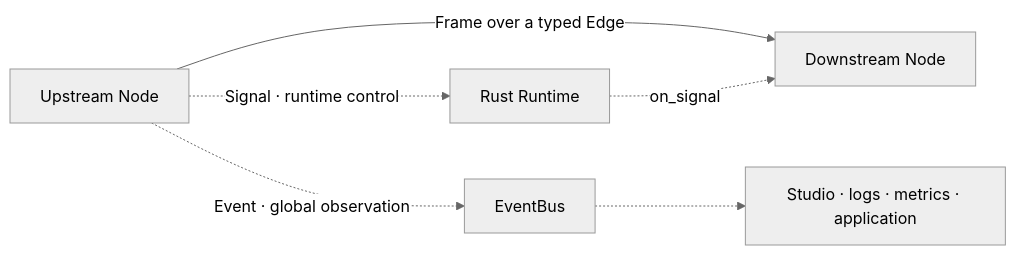
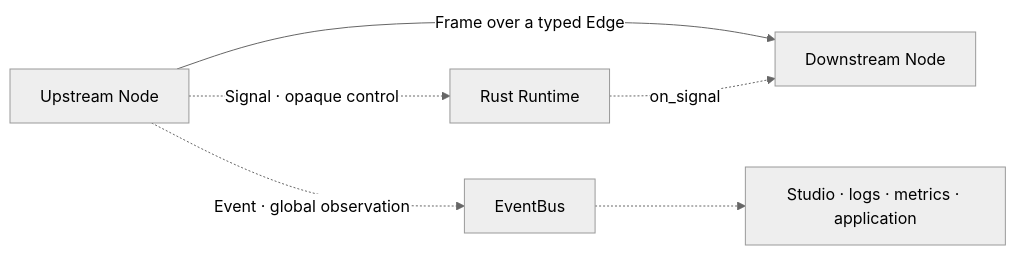
The diagram in docs/site/en/realtime-control.md (PiyotaHu/Voxa), drawn with Mermaid (neutral theme) before and after one commit. The commit also changed other lines of this file and 105 other files, not shown here.

````diff
--- a/docs/site/en/realtime-control.md
+++ b/docs/site/en/realtime-control.md
@@ -9,8 +9,8 @@
 ```mermaid
 flowchart LR
     N1["Upstream Node"] -->|"Frame over a typed Edge"| N2["Downstream Node"]
-    N1 -.->|"Signal · runtime control"| R["Rust Runtime"]
+    N1 -.->|"Signal · opaque control"| R["Rust Runtime"]
     N1 -.->|"Event · global observation"| B["EventBus"]
     R -.->|"on_signal"| N2
     B -.-> UI["Studio · logs · metrics · application"]
 ```
````
